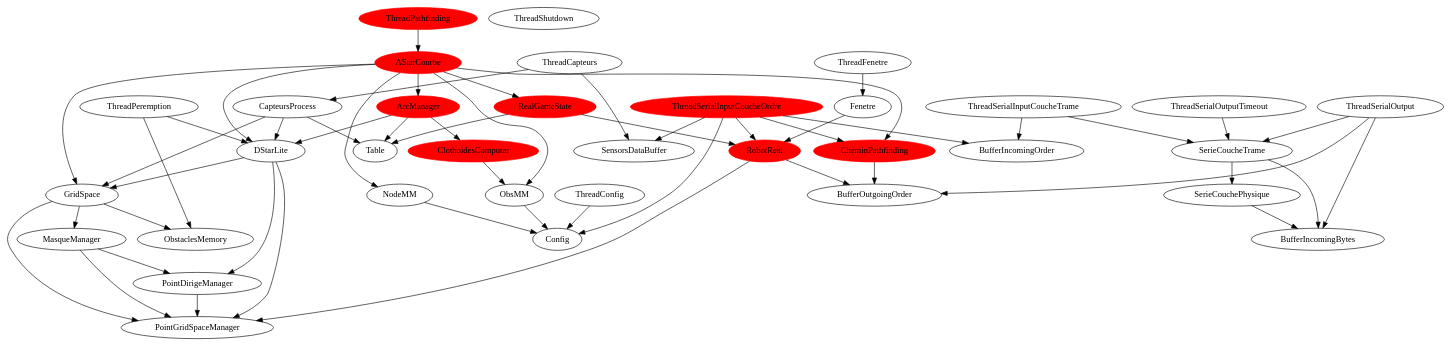
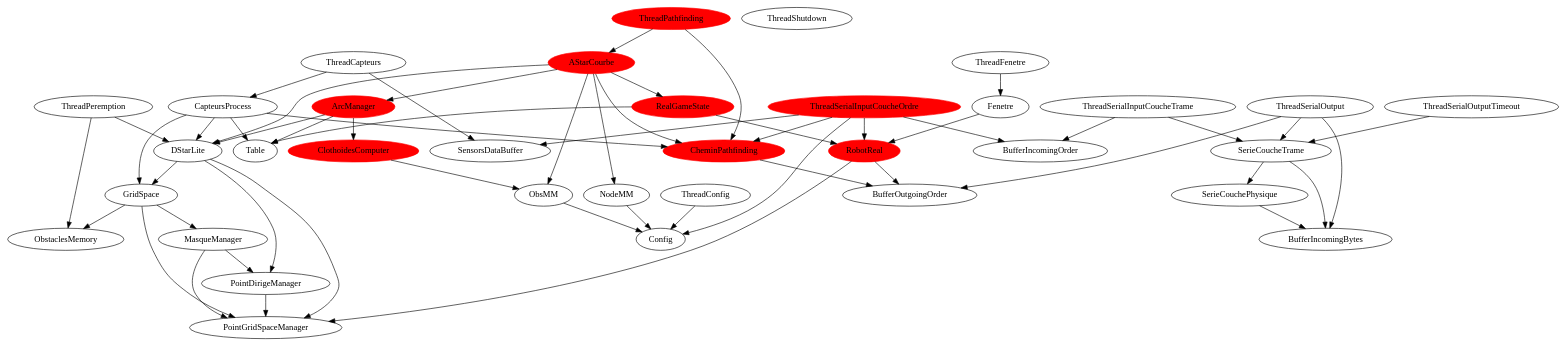
One commit to INTechSenpai/moon-rover changed the diagram in pc/dependances.dot. Above: the diagram before and after it, drawn with Graphviz. The commit also changed 7 other files, not shown here.

```diff
--- a/pc/dependances.dot
+++ b/pc/dependances.dot
@@ -1,157 +1,157 @@
 digraph dependancesJava {
 ThreadCapteurs;
 SensorsDataBuffer;
 ThreadCapteurs -> SensorsDataBuffer;
 CapteursProcess;
 ThreadCapteurs -> CapteursProcess;
 GridSpace;
 CapteursProcess -> GridSpace;
 ObstaclesMemory;
 GridSpace -> ObstaclesMemory;
 PointGridSpaceManager;
 GridSpace -> PointGridSpaceManager;
 MasqueManager;
 GridSpace -> MasqueManager;
 PointGridSpaceManager;
 MasqueManager -> PointGridSpaceManager;
 PointDirigeManager;
 MasqueManager -> PointDirigeManager;
 PointGridSpaceManager;
 PointDirigeManager -> PointGridSpaceManager;
 Table;
 CapteursProcess -> Table;
 DStarLite;
 CapteursProcess -> DStarLite;
 GridSpace;
 DStarLite -> GridSpace;
 PointGridSpaceManager;
 DStarLite -> PointGridSpaceManager;
 PointDirigeManager;
 DStarLite -> PointDirigeManager;
+CheminPathfinding [color=red, style=filled];
+CapteursProcess -> CheminPathfinding;
+BufferOutgoingOrder;
+CheminPathfinding -> BufferOutgoingOrder;
 ThreadConfig;
 Config;
 ThreadConfig -> Config;
+ThreadFenetre;
+Fenetre;
+ThreadFenetre -> Fenetre;
+RobotReal [color=red, style=filled];
+Fenetre -> RobotReal;
+BufferOutgoingOrder;
+RobotReal -> BufferOutgoingOrder;
+PointGridSpaceManager;
+RobotReal -> PointGridSpaceManager;
 ThreadPathfinding [color=red, style=filled];
 AStarCourbe [color=red, style=filled];
 ThreadPathfinding -> AStarCourbe;
 DStarLite;
 AStarCourbe -> DStarLite;
 ArcManager [color=red, style=filled];
 AStarCourbe -> ArcManager;
 DStarLite;
 ArcManager -> DStarLite;
 ClothoidesComputer [color=red, style=filled];
 ArcManager -> ClothoidesComputer;
 ObsMM;
 ClothoidesComputer -> ObsMM;
 Config;
 ObsMM -> Config;
 Table;
 ArcManager -> Table;
 RealGameState [color=red, style=filled];
 AStarCourbe -> RealGameState;
 RobotReal [color=red, style=filled];
 RealGameState -> RobotReal;
-BufferOutgoingOrder;
-RobotReal -> BufferOutgoingOrder;
-PointGridSpaceManager;
-RobotReal -> PointGridSpaceManager;
 Table;
 RealGameState -> Table;
 CheminPathfinding [color=red, style=filled];
 AStarCourbe -> CheminPathfinding;
-BufferOutgoingOrder;
-CheminPathfinding -> BufferOutgoingOrder;
 NodeMM;
 AStarCourbe -> NodeMM;
 Config;
 NodeMM -> Config;
-GridSpace;
-AStarCourbe -> GridSpace;
 ObsMM;
 AStarCourbe -> ObsMM;
+CheminPathfinding [color=red, style=filled];
+ThreadPathfinding -> CheminPathfinding;
 ThreadPeremption;
 ObstaclesMemory;
 ThreadPeremption -> ObstaclesMemory;
 DStarLite;
 ThreadPeremption -> DStarLite;
-ThreadFenetre;
-Fenetre;
-ThreadFenetre -> Fenetre;
-RobotReal [color=red, style=filled];
-Fenetre -> RobotReal;
 ThreadSerialInputCoucheOrdre [color=red, style=filled];
 Config;
 ThreadSerialInputCoucheOrdre -> Config;
 BufferIncomingOrder;
 ThreadSerialInputCoucheOrdre -> BufferIncomingOrder;
 SensorsDataBuffer;
 ThreadSerialInputCoucheOrdre -> SensorsDataBuffer;
 RobotReal [color=red, style=filled];
 ThreadSerialInputCoucheOrdre -> RobotReal;
 CheminPathfinding [color=red, style=filled];
 ThreadSerialInputCoucheOrdre -> CheminPathfinding;
 ThreadSerialInputCoucheTrame;
 SerieCoucheTrame;
 ThreadSerialInputCoucheTrame -> SerieCoucheTrame;
 SerieCouchePhysique;
 SerieCoucheTrame -> SerieCouchePhysique;
 BufferIncomingBytes;
 SerieCouchePhysique -> BufferIncomingBytes;
 BufferIncomingBytes;
 SerieCoucheTrame -> BufferIncomingBytes;
 BufferIncomingOrder;
 ThreadSerialInputCoucheTrame -> BufferIncomingOrder;
 ThreadSerialOutput;
 SerieCoucheTrame;
 ThreadSerialOutput -> SerieCoucheTrame;
 BufferOutgoingOrder;
 ThreadSerialOutput -> BufferOutgoingOrder;
 BufferIncomingBytes;
 ThreadSerialOutput -> BufferIncomingBytes;
 ThreadSerialOutputTimeout;
 SerieCoucheTrame;
 ThreadSerialOutputTimeout -> SerieCoucheTrame;
 ThreadShutdown;
 Config;
-Table;
-AStarCourbe [color=red, style=filled];
 Fenetre;
 ThreadShutdown;
 ThreadCapteurs;
 ThreadCapteurs;
 ThreadConfig;
 ThreadConfig;
+ThreadFenetre;
+ThreadFenetre;
 ThreadPathfinding [color=red, style=filled];
 ThreadPathfinding [color=red, style=filled];
 ThreadPeremption;
 ThreadPeremption;
-ThreadFenetre;
-ThreadFenetre;
 ThreadSerialInputCoucheOrdre [color=red, style=filled];
 ThreadSerialInputCoucheOrdre [color=red, style=filled];
 ThreadSerialInputCoucheTrame;
 ThreadSerialInputCoucheTrame;
 ThreadSerialOutput;
 ThreadSerialOutput;
 ThreadSerialOutputTimeout;
 ThreadSerialOutputTimeout;
 ThreadCapteurs;
 ThreadCapteurs;
 ThreadConfig;
 ThreadConfig;
+ThreadFenetre;
+ThreadFenetre;
 ThreadPathfinding [color=red, style=filled];
 ThreadPathfinding [color=red, style=filled];
 ThreadPeremption;
 ThreadPeremption;
-ThreadFenetre;
-ThreadFenetre;
 ThreadSerialInputCoucheOrdre [color=red, style=filled];
 ThreadSerialInputCoucheOrdre [color=red, style=filled];
 ThreadSerialInputCoucheTrame;
 ThreadSerialInputCoucheTrame;
 ThreadSerialOutput;
 ThreadSerialOutput;
 ThreadSerialOutputTimeout;
 ThreadSerialOutputTimeout;
 }
```
